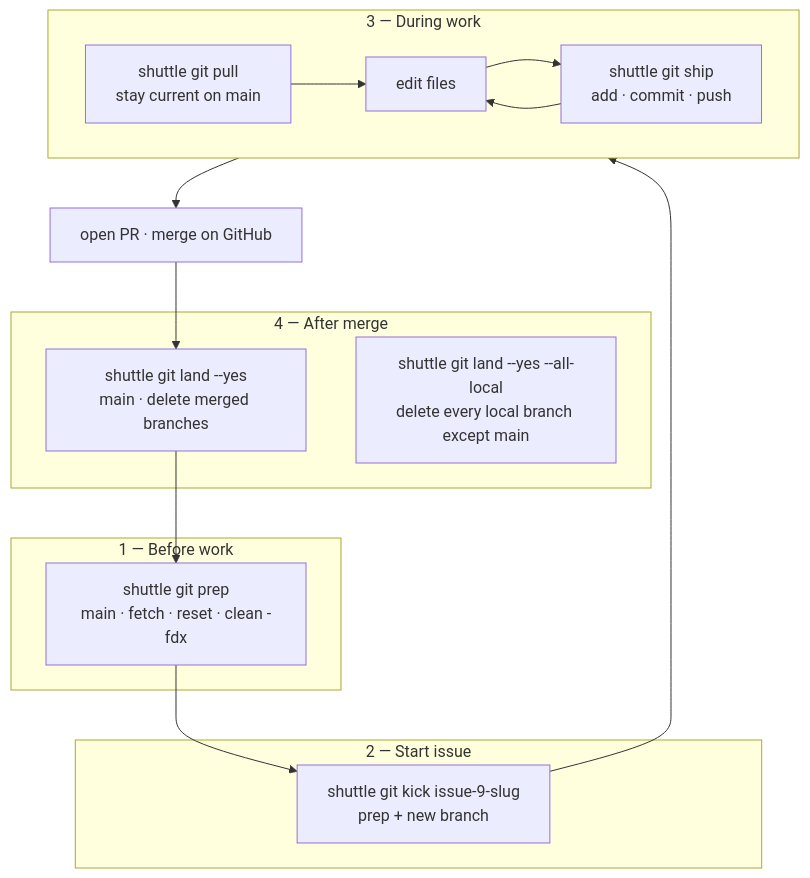
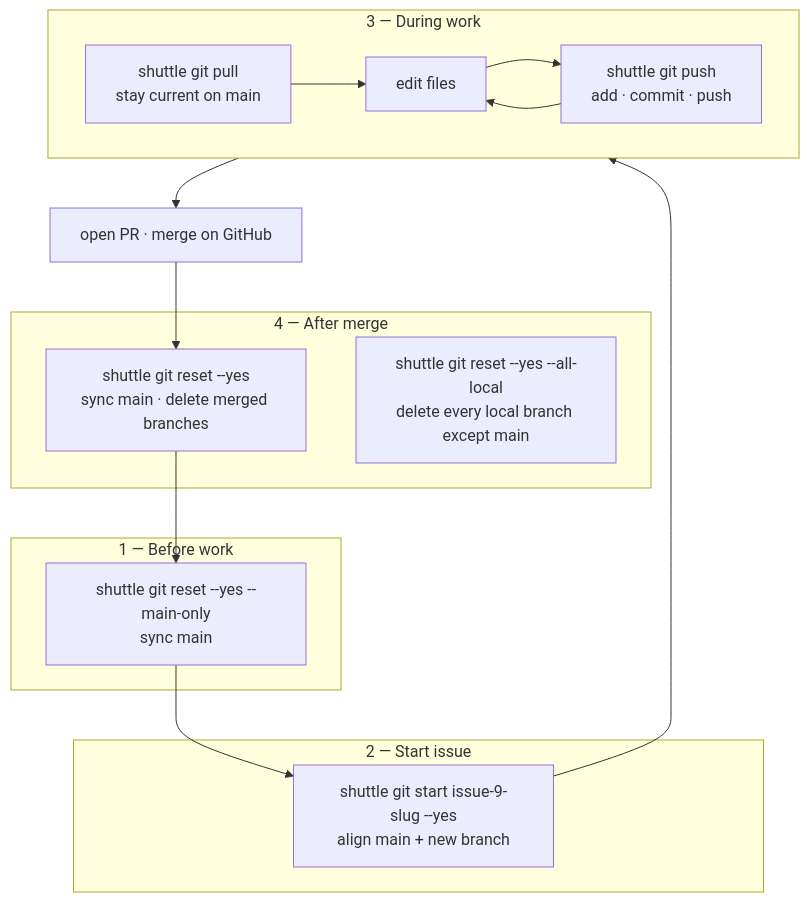
The first of 7 diagrams in docs/workflows.md (gardusig/shuttle-cli), drawn with Mermaid before and after one commit. The commit also changed other lines of this file and 69 other files, not shown here.

First line of the commit message:
Unify git reset/push workflow, add shuttle docker, expand integration tests (#11)

````diff
--- a/docs/workflows.md
+++ b/docs/workflows.md
@@ -9,29 +7,29 @@
 ```mermaid
 flowchart TD
     subgraph before [1 — Before work]
-        P["shuttle git prep<br/>main · fetch · reset · clean -fdx"]
+        P["shuttle git reset --yes --main-only<br/>sync main"]
     end
 
     subgraph start [2 — Start issue]
-        K["shuttle git kick issue-9-slug<br/>prep + new branch"]
+        K["shuttle git start issue-9-slug --yes<br/>align main + new branch"]
     end
 
     subgraph loop [3 — During work]
         D["edit files"]
-        S["shuttle git ship<br/>add · commit · push"]
+        S["shuttle git push<br/>add · commit · push"]
         Y["shuttle git pull<br/>stay current on main"]
         D --> S
         S --> D
         Y --> D
     end
 
     subgraph after [4 — After merge]
-        L["shuttle git land --yes<br/>main · delete merged branches"]
-        L2["shuttle git land --yes --all-local<br/>delete every local branch except main"]
+        L["shuttle git reset --yes<br/>sync main · delete merged branches"]
+        L2["shuttle git reset --yes --all-local<br/>delete every local branch except main"]
     end
 
     P --> K --> loop
     loop --> PR["open PR · merge on GitHub"]
     PR --> L
     L --> P
 ```
````
